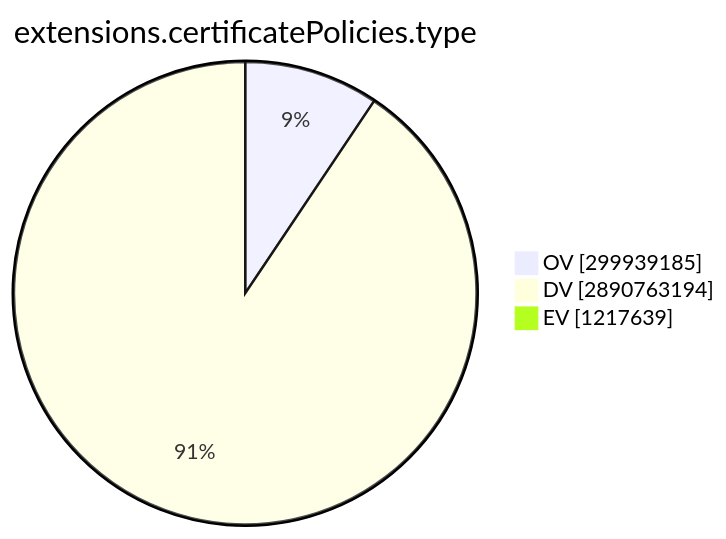
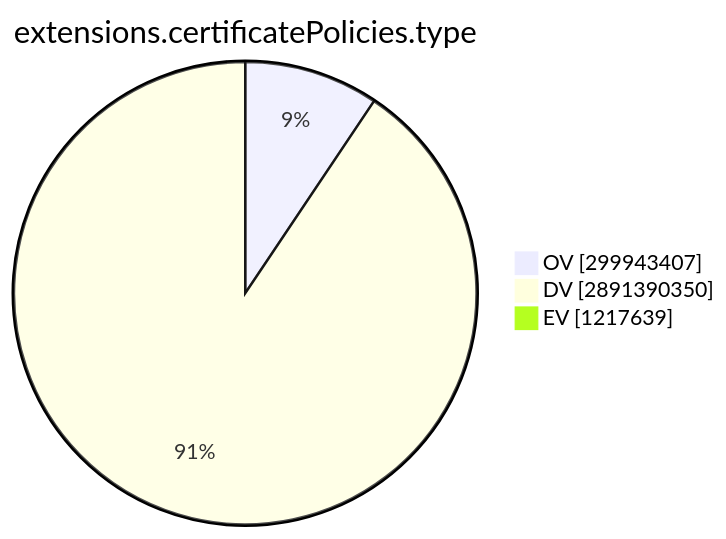
One commit to christiankrug/ctmonitor_visualization changed the ninth of 15 diagrams in TOTAL/README.md. Above: the diagram before and after it, drawn with Mermaid. The commit also changed other lines of this file, not shown here.

````diff
--- a/TOTAL/README.md
+++ b/TOTAL/README.md
@@ -3101,7 +3101,7 @@
 ```mermaid
 pie showData
 title extensions.certificatePolicies.type
-"OV" :299939185
-"DV" :2890763194
+"OV" :299943407
+"DV" :2891390350
 "EV" :1217639
 ```
````
